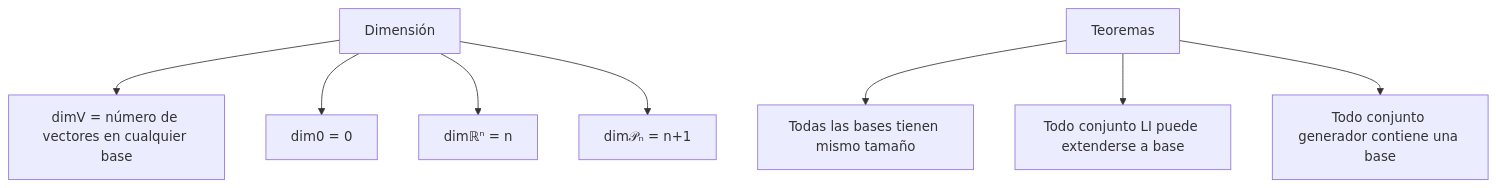
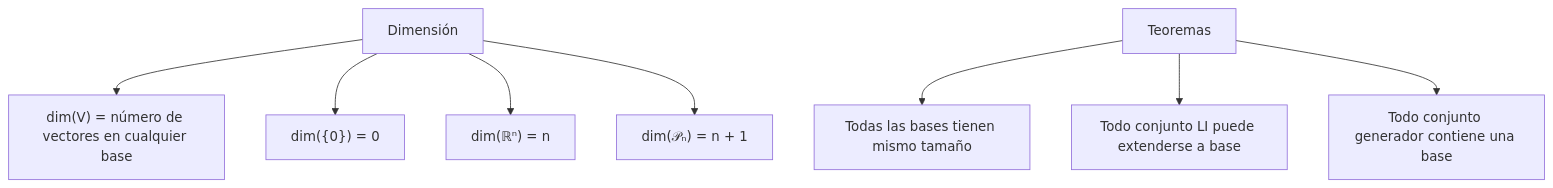
Before and after one commit to djaimej/computer-science-template: the second of 4 diagrams in public/documents/semester-3/1/3115.md, drawn with Mermaid. The commit also changed other lines of this file and 34 other files, not shown here.

````diff
--- a/public/documents/semester-3/1/3115.md
+++ b/public/documents/semester-3/1/3115.md
@@ -41,13 +41,13 @@
 ```mermaid
 flowchart TD
-    F[Dimensión] --> G[dimV = número de vectores en cualquier base]
-    F --> H[dim0 = 0]
-    F --> I[dimℝⁿ = n]
-    F --> J[dim𝒫ₙ = n+1]
+    F[Dimensión] --> G["dim(V) = número de vectores en cualquier base"]
+    F --> H["dim({0}) = 0"]
+    F --> I["dim(ℝⁿ) = n"]
+    F --> J["dim(𝒫ₙ) = n + 1"]
 
     K[Teoremas] --> L[Todas las bases tienen mismo tamaño]
     K --> M[Todo conjunto LI puede extenderse a base]
     K --> N[Todo conjunto generador contiene una base]
 
     G:::accent
 ```
````
